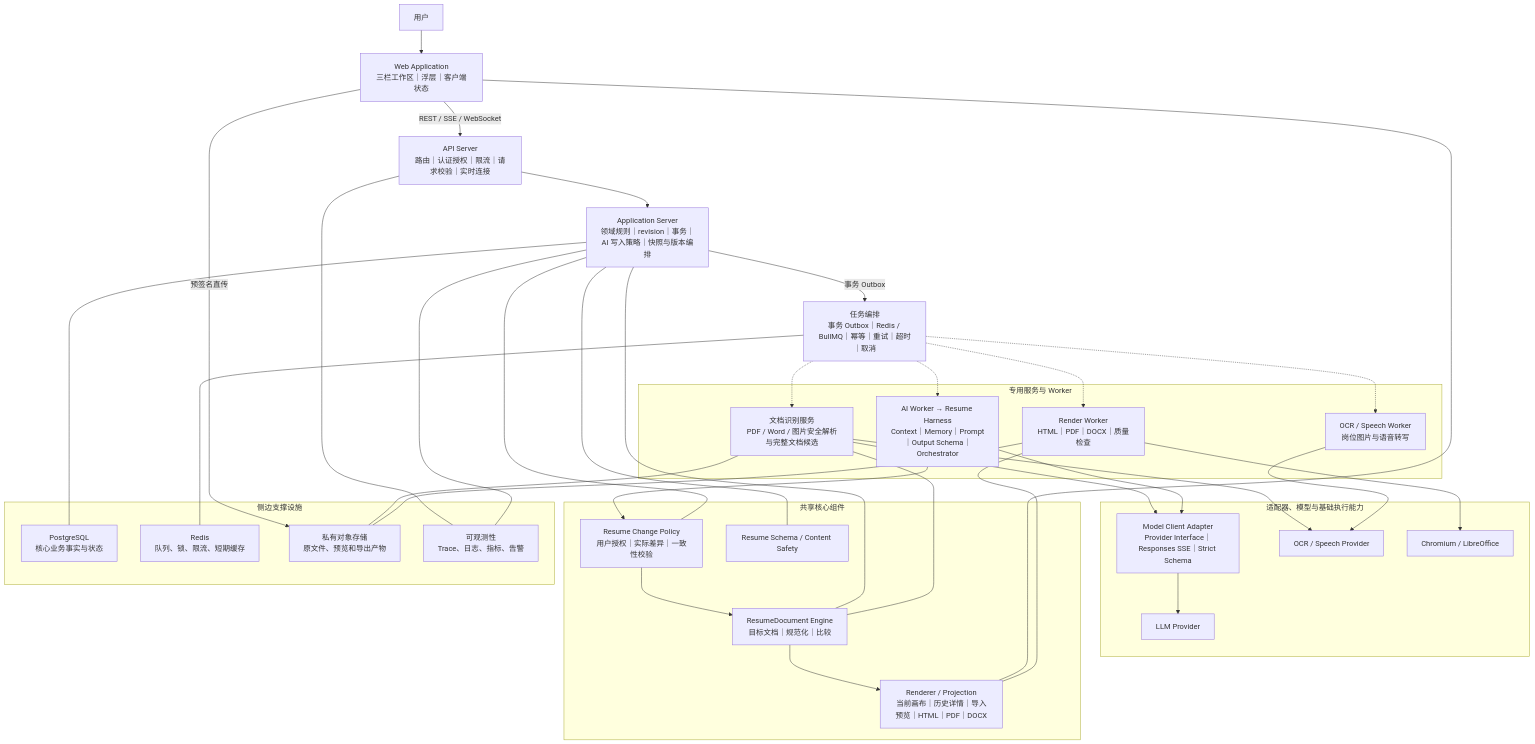
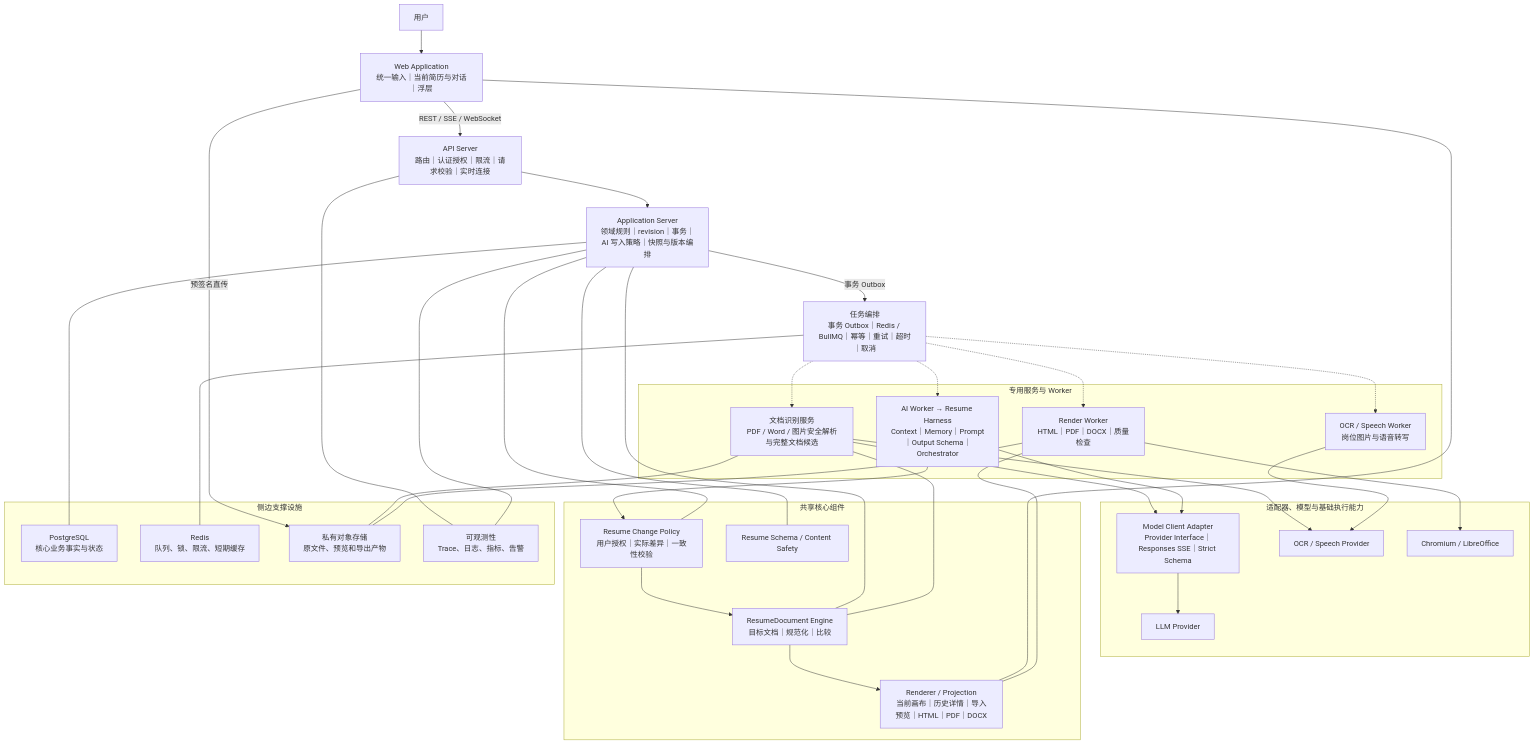
The diagram in TECH.md (SwinBlackSea/resume), drawn with Mermaid before and after one commit. The commit also changed other lines of this file and 33 other files, not shown here.

````diff
--- a/TECH.md
+++ b/TECH.md
@@ -139,64 +140,64 @@
 ```mermaid
 flowchart TB
     User["用户"]
-    Web["Web Application<br/>三栏工作区｜浮层｜客户端状态"]
+    Web["Web Application<br/>统一输入｜当前简历与对话｜浮层"]
     API["API Server<br/>路由｜认证授权｜限流｜请求校验｜实时连接"]
     App["Application Server<br/>领域规则｜revision｜事务｜AI 写入策略｜快照与版本编排"]
     Orchestrator["任务编排<br/>事务 Outbox｜Redis / BullMQ｜幂等｜重试｜超时｜取消"]
 
     subgraph Execution["专用服务与 Worker"]
         Recognition["文档识别服务<br/>PDF / Word / 图片安全解析与完整文档候选"]
         OCRWorker["OCR / Speech Worker<br/>岗位图片与语音转写"]
         AIWorker["AI Worker → Resume Harness<br/>Context｜Memory｜Prompt｜Output Schema｜Orchestrator"]
         RenderWorker["Render Worker<br/>HTML｜PDF｜DOCX｜质量检查"]
     end
 
     subgraph Runtime["适配器、模型与基础执行能力"]
         ModelClient["Model Client Adapter<br/>Provider Interface｜Responses SSE｜Strict Schema"]
         LLM["LLM Provider"]
         OCRProvider["OCR / Speech Provider"]
         DocumentRuntime["Chromium / LibreOffice"]
     end
 
     subgraph SharedCore["共享核心组件"]
         ChangePolicy["Resume Change Policy<br/>用户授权｜实际差异｜一致性校验"]
         ResumeDocument["ResumeDocument Engine<br/>目标文档｜规范化｜比较"]
         Renderer["Renderer / Projection<br/>当前画布｜历史详情｜导入预览｜HTML｜PDF｜DOCX"]
         ResumeSchema["Resume Schema / Content Safety"]
     end
 
     subgraph Support["侧边支撑设施"]
         PostgreSQL["PostgreSQL<br/>核心业务事实与状态"]
         Redis["Redis<br/>队列、锁、限流、短期缓存"]
         ObjectStore["私有对象存储<br/>原文件、预览和导出产物"]
         Observability["可观测性<br/>Trace、日志、指标、告警"]
     end
 
     User --> Web -->|"REST / SSE / WebSocket"| API --> App
     App -->|"事务 Outbox"| Orchestrator
     Orchestrator -.-> Recognition
     Orchestrator -.-> OCRWorker
     Orchestrator -.-> AIWorker
     Orchestrator -.-> RenderWorker
 
     Recognition --> ModelClient
     Recognition --> OCRProvider
     OCRWorker --> OCRProvider
     AIWorker --> ModelClient --> LLM
     AIWorker --> ChangePolicy --> ResumeDocument --> Renderer
     RenderWorker --> DocumentRuntime
 
     App --- PostgreSQL
     Orchestrator --- Redis
     Web -->|"预签名直传"| ObjectStore
     Recognition --- ObjectStore
     RenderWorker --- ObjectStore
     API --- Observability
     App --- Observability
     Web --- Renderer
     App --- ResumeDocument
     App --- ChangePolicy
     App --- ResumeSchema
     Recognition --- ResumeDocument
     RenderWorker --- Renderer
 ```
````
